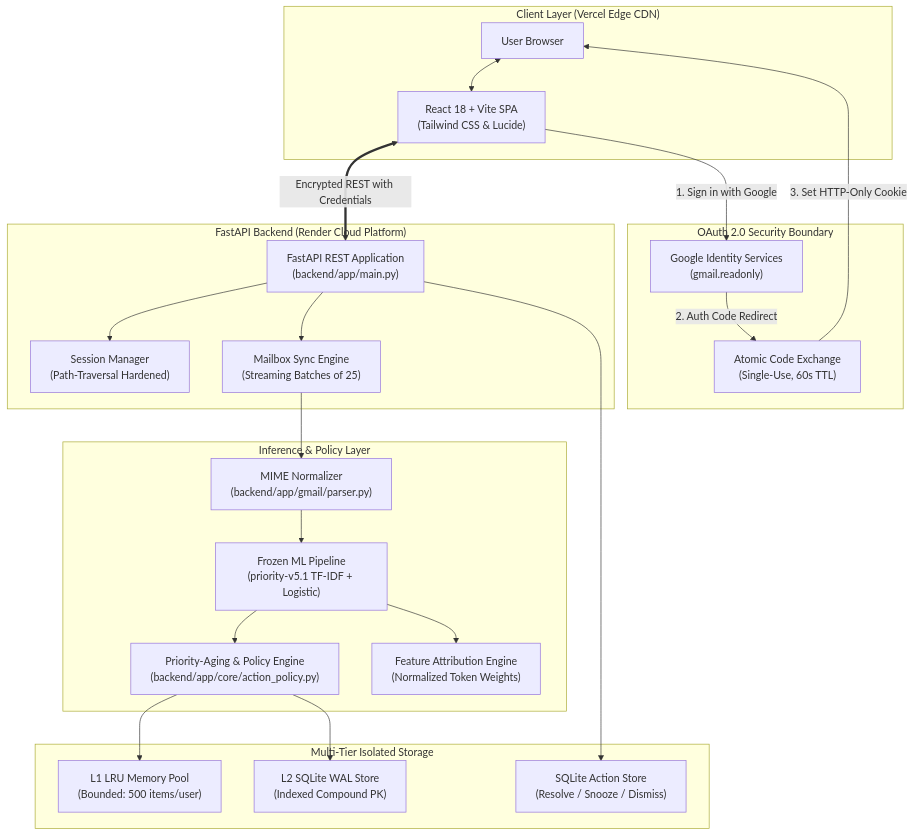
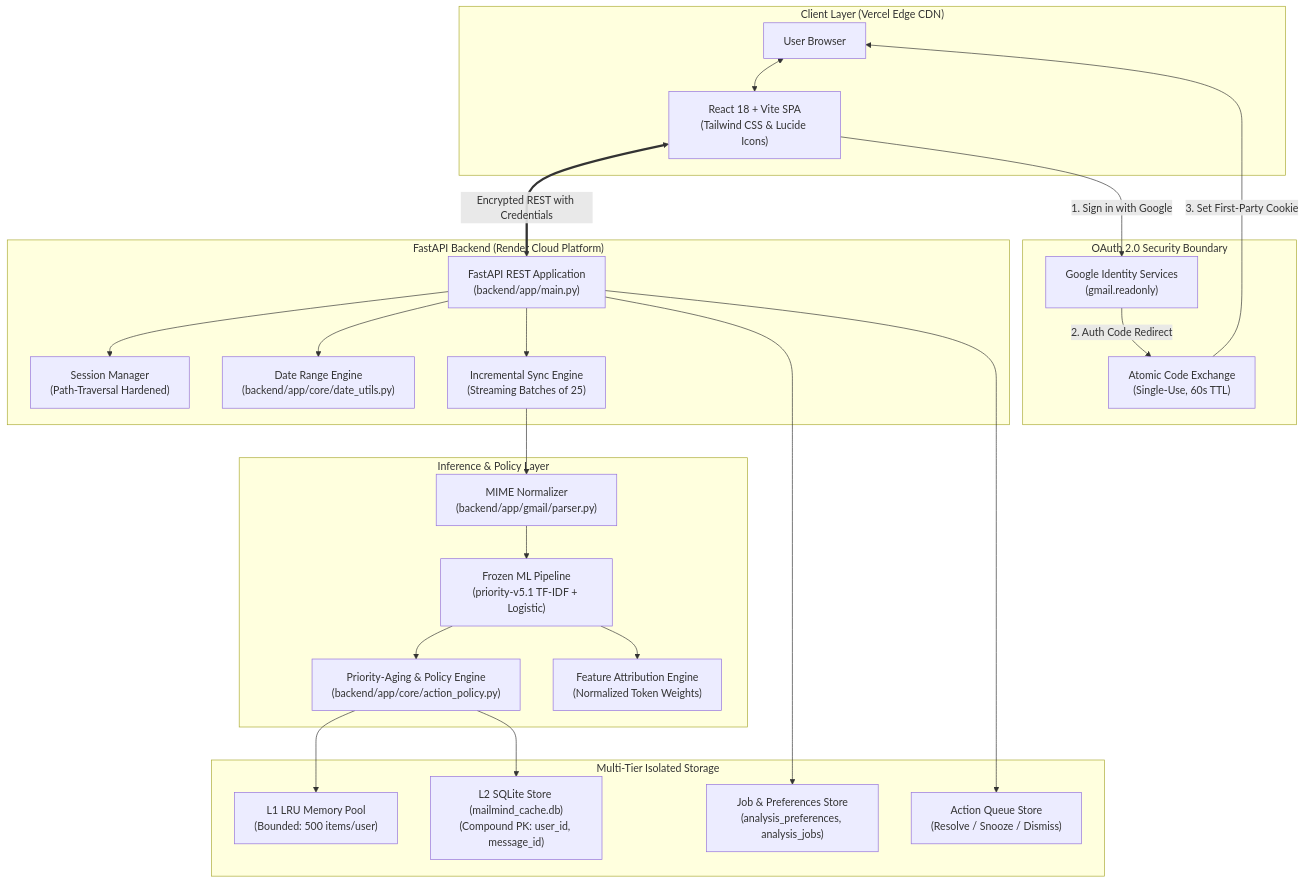
The diagram in README.md (Babul-Kumar/MailMind), drawn with Mermaid before and after one commit. The commit also changed other lines of this file and 32 other files, not shown here.

First line of the commit message:
feat: implement date-scoped analysis, pure React UX, and repository architecture cleanup

````diff
--- a/README.md
+++ b/README.md
@@ -76,48 +81,52 @@
 ```mermaid
 flowchart TD
     subgraph Client ["Client Layer (Vercel Edge CDN)"]
         Browser["User Browser"]
-        ReactApp["React 18 + Vite SPA<br/>(Tailwind CSS & Lucide)"]
+        ReactApp["React 18 + Vite SPA<br/>(Tailwind CSS & Lucide Icons)"]
         Browser <--> ReactApp
     end
 
     subgraph Security ["OAuth 2.0 Security Boundary"]
         GoogleAuth["Google Identity Services<br/>(gmail.readonly)"]
         Handoff["Atomic Code Exchange<br/>(Single-Use, 60s TTL)"]
         ReactApp -->|1. Sign in with Google| GoogleAuth
         GoogleAuth -->|2. Auth Code Redirect| Handoff
-        Handoff -->|3. Set HTTP-Only Cookie| Browser
+        Handoff -->|3. Set First-Party Cookie| Browser
     end
 
     subgraph Backend ["FastAPI Backend (Render Cloud Platform)"]
         API["FastAPI REST Application<br/>(backend/app/main.py)"]
         SessionMgr["Session Manager<br/>(Path-Traversal Hardened)"]
-        ScanEngine["Mailbox Sync Engine<br/>(Streaming Batches of 25)"]
+        DateEngine["Date Range Engine<br/>(backend/app/core/date_utils.py)"]
+        ScanEngine["Incremental Sync Engine<br/>(Streaming Batches of 25)"]
         API --> SessionMgr
+        API --> DateEngine
         API --> ScanEngine
     end
 
     subgraph Intelligence ["Inference & Policy Layer"]
         Parser["MIME Normalizer<br/>(backend/app/gmail/parser.py)"]
         MLModel["Frozen ML Pipeline<br/>(priority-v5.1 TF-IDF + Logistic)"]
         AgingEngine["Priority-Aging & Policy Engine<br/>(backend/app/core/action_policy.py)"]
         Explainer["Feature Attribution Engine<br/>(Normalized Token Weights)"]
         
         ScanEngine --> Parser
         Parser --> MLModel
         MLModel --> Explainer
         MLModel --> AgingEngine
     end
 
     subgraph Storage ["Multi-Tier Isolated Storage"]
         L1Cache["L1 LRU Memory Pool<br/>(Bounded: 500 items/user)"]
-        L2SQLite["L2 SQLite WAL Store<br/>(Indexed Compound PK)"]
-        ActionStore["SQLite Action Store<br/>(Resolve / Snooze / Dismiss)"]
+        L2SQLite["L2 SQLite Store (mailmind_cache.db)<br/>(Compound PK: user_id, message_id)"]
+        JobStore["Job & Preferences Store<br/>(analysis_preferences, analysis_jobs)"]
+        ActionStore["Action Queue Store<br/>(Resolve / Snooze / Dismiss)"]
         
         AgingEngine --> L1Cache
         AgingEngine --> L2SQLite
+        API --> JobStore
         API --> ActionStore
     end
 
     ReactApp <==>|Encrypted REST with Credentials| API
 ```
````
